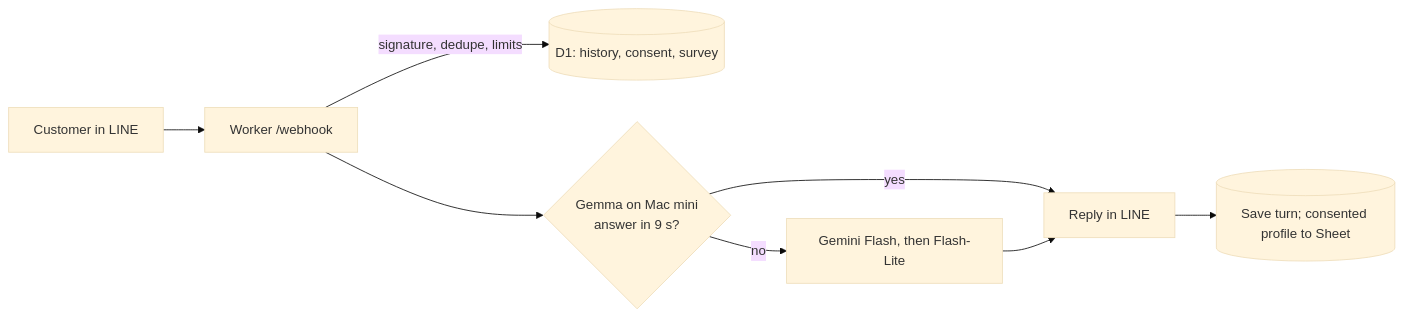
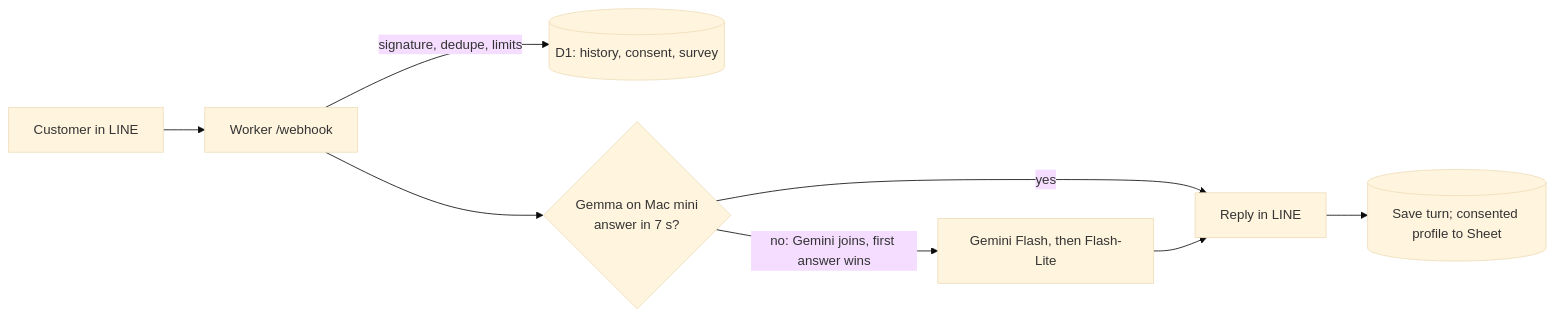
Before and after one commit to wisitlk/bittersweet-model-local: the first of 2 diagrams in docs/OVERVIEW.md, drawn with Mermaid (base theme). The commit also changed other lines of this file and 8 other files, not shown here.

First line of the commit message:
Start Gemini alongside a slow Gemma instead of cutting Gemma off at 9 s

````diff
--- a/docs/OVERVIEW.md
+++ b/docs/OVERVIEW.md
@@ -24,10 +24,10 @@
 ```mermaid
 flowchart LR
   U[Customer in LINE] --> W[Worker /webhook]
   W -->|signature, dedupe, limits| D[(D1: history, consent, survey)]
-  W --> G{Gemma on Mac mini\nanswer in 9 s?}
+  W --> G{Gemma on Mac mini\nanswer in 7 s?}
   G -->|yes| R[Reply in LINE]
-  G -->|no| F[Gemini Flash, then Flash-Lite]
+  G -->|no: Gemini joins, first answer wins| F[Gemini Flash, then Flash-Lite]
   F --> R
   R --> S[(Save turn; consented profile to Sheet)]
 ```
````
